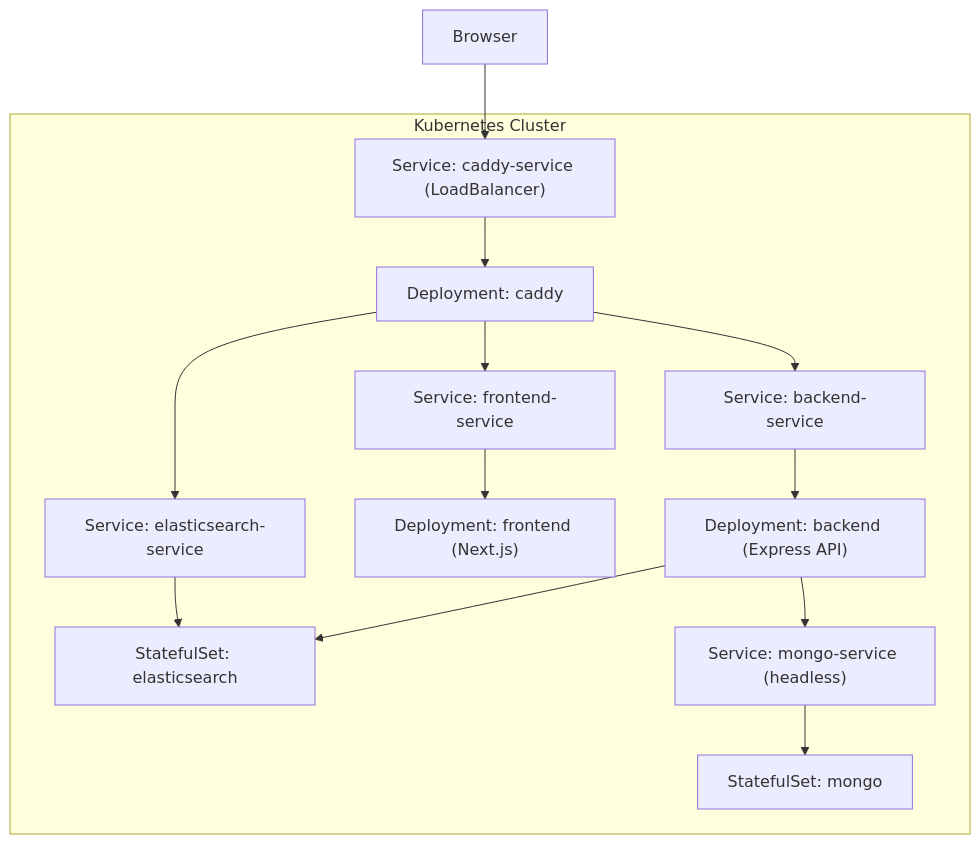
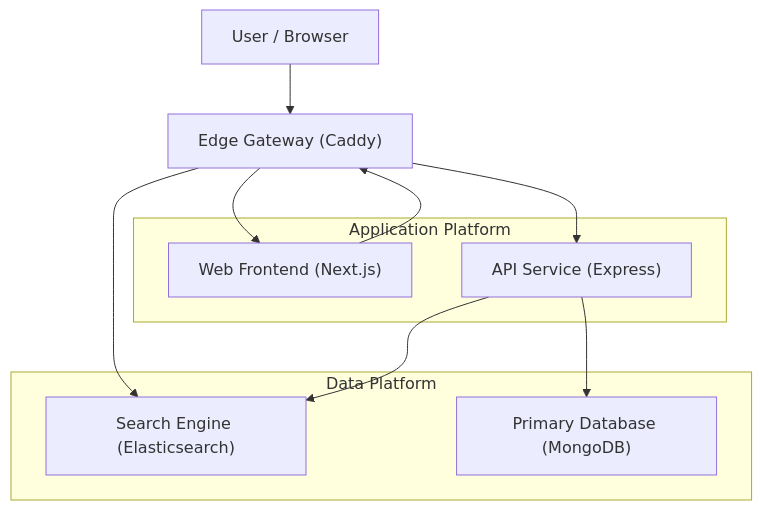
Before and after one commit to sumrender/deployment-basics: the diagram in README.md, drawn with Mermaid.

Commit message:
Revise architecture diagram in README.md
Updated the architecture diagram in README.md to reflect changes in the application structure and services.

````diff
--- a/README.md
+++ b/README.md
@@ -12,19 +12,31 @@
 ```mermaid
-graph TB
-    Browser["Browser"] --> CaddyLB["Service: caddy-service (LoadBalancer)"]
+flowchart TB
 
-    subgraph K8s["Kubernetes Cluster"]
-        CaddyLB --> Caddy["Deployment: caddy"]
-        Caddy --> FrontendSvc["Service: frontend-service"]
-        Caddy --> BackendSvc["Service: backend-service"]
-        Caddy --> ESSvc["Service: elasticsearch-service"]
+User["User / Browser"]
+Edge["Edge Gateway (Caddy)"]
 
-        FrontendSvc --> Frontend["Deployment: frontend (Next.js)"]
-        BackendSvc --> Backend["Deployment: backend (Express API)"]
-        ESSvc --> ES["StatefulSet: elasticsearch"]
+subgraph App["Application Platform"]
+    Frontend["Web Frontend (Next.js)"]
+    Backend["API Service (Express)"]
+end
 
-        Backend --> MongoSvc["Service: mongo-service (headless)"]
-        MongoSvc --> MongoDB["StatefulSet: mongo"]
-        Backend --> ES
-    end
+subgraph Data["Data Platform"]
+    Search["Search Engine (Elasticsearch)"]
+    DB["Primary Database (MongoDB)"]
+end
+
+%% User entry
+User --> Edge
+Edge --> Frontend
+
+%% Frontend traffic MUST go back through Caddy
+Frontend --> Edge
+
+%% Caddy routes to internal services
+Edge --> Backend
+Edge --> Search
+
+%% Backend internal dependencies
+Backend --> DB
+Backend --> Search
 ```
````
